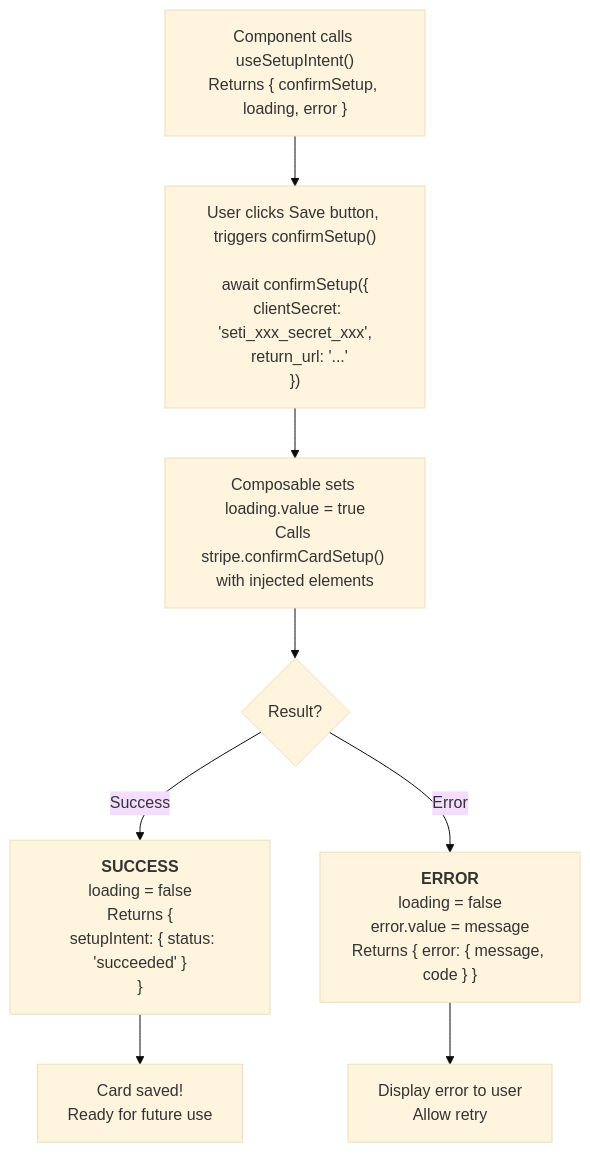
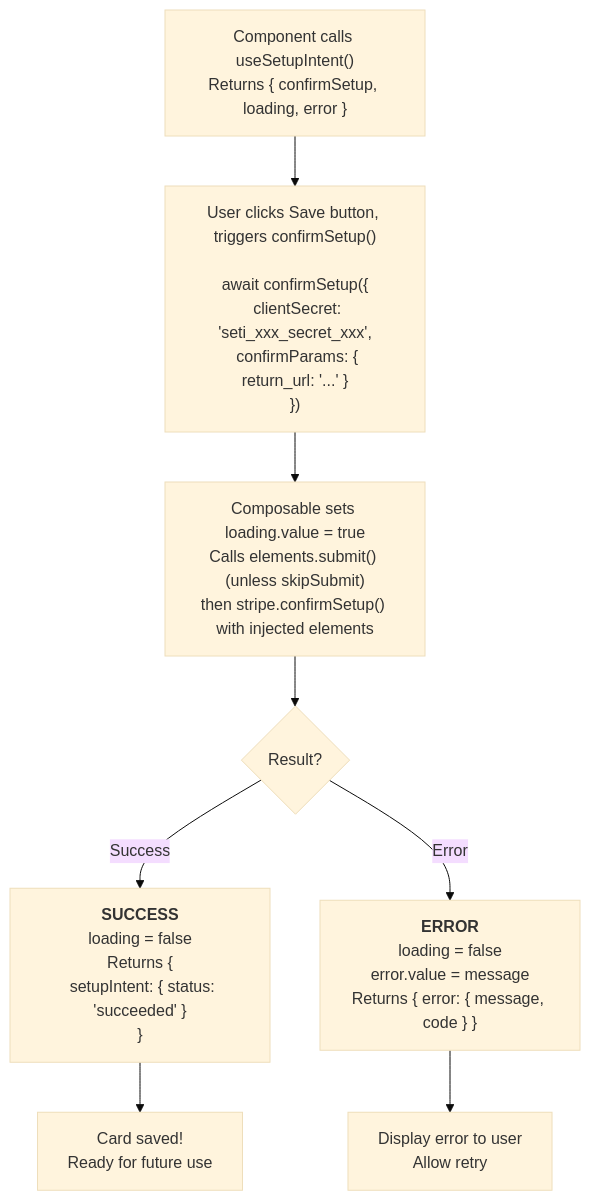
Before and after one commit to vue-stripe/vue-stripe: the diagram in apps/docs/api/composables/use-setup-intent.md, drawn with Mermaid (base theme). The commit also changed other lines of this file and 27 other files, not shown here.

````diff
--- a/apps/docs/api/composables/use-setup-intent.md
+++ b/apps/docs/api/composables/use-setup-intent.md
@@ -30,10 +30,10 @@
 ```mermaid
 flowchart TD
-    A["Component calls useSetupIntent()<br/>Returns { confirmSetup, loading, error }"] --> B["User clicks Save button, triggers confirmSetup()<br/><br/>await confirmSetup({<br/>  clientSecret: 'seti_xxx_secret_xxx',<br/>  return_url: '...'<br/>})"]
-    B --> C["Composable sets loading.value = true<br/>Calls stripe.confirmCardSetup() with injected elements"]
+    A["Component calls useSetupIntent()<br/>Returns { confirmSetup, loading, error }"] --> B["User clicks Save button, triggers confirmSetup()<br/><br/>await confirmSetup({<br/>  clientSecret: 'seti_xxx_secret_xxx',<br/>  confirmParams: { return_url: '...' }<br/>})"]
+    B --> C["Composable sets loading.value = true<br/>Calls elements.submit() (unless skipSubmit)<br/>then stripe.confirmSetup() with injected elements"]
     C --> D{Result?}
     D -->|Success| E["<b>SUCCESS</b><br/>loading = false<br/>Returns {<br/>  setupIntent: { status: 'succeeded' }<br/>}"]
     D -->|Error| F["<b>ERROR</b><br/>loading = false<br/>error.value = message<br/>Returns { error: { message, code } }"]
     E --> G["Card saved!<br/>Ready for future use"]
     F --> H["Display error to user<br/>Allow retry"]
 ```
````
